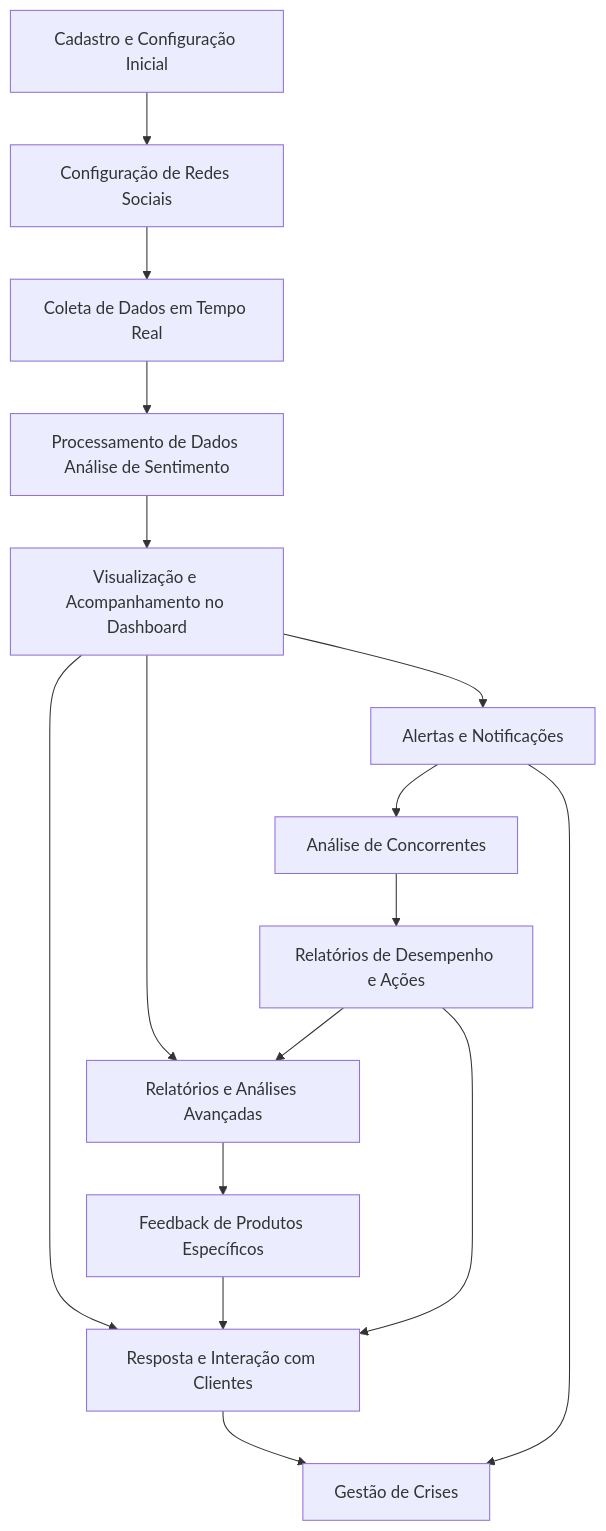
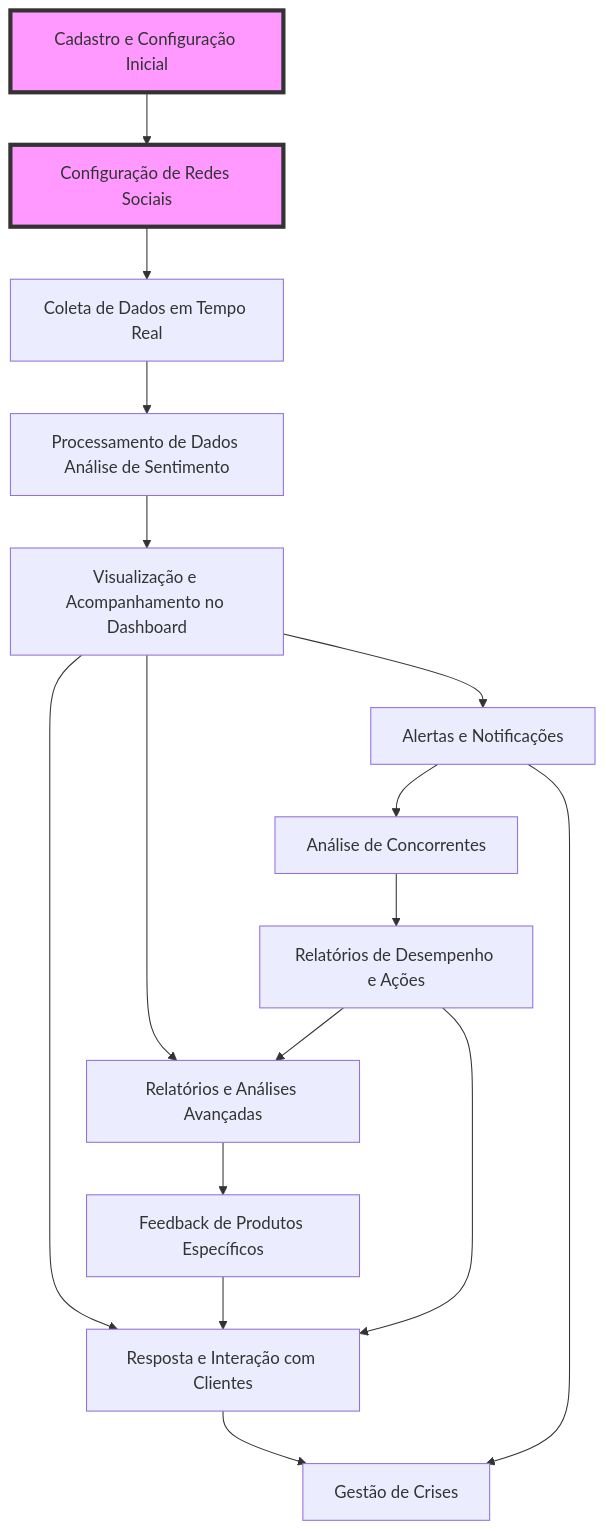
One commit to zwillianmattos/sentimentify changed the diagram in README.md. Above: the diagram before and after it, drawn with Mermaid.

````diff
--- a/README.md
+++ b/README.md
@@ -5,18 +5,21 @@
 ```mermaid
 flowchart TD
     A[Cadastro e Configuração Inicial] --> B[Configuração de Redes Sociais]
     B --> C[Coleta de Dados em Tempo Real]
     C --> D[Processamento de Dados Análise de Sentimento]
     D --> E[Visualização e Acompanhamento no Dashboard]
     E --> F[Resposta e Interação com Clientes]
     E --> G[Relatórios e Análises Avançadas]
     G --> H[Feedback de Produtos Específicos]
     H --> F
     F --> I[Gestão de Crises]
     E --> J[Alertas e Notificações]
     J --> I
     J --> K[Análise de Concorrentes]
     K --> L[Relatórios de Desempenho e Ações]
     L --> F
     L --> G
+
+    classDef inicio fill:#f9f,stroke:#333,stroke-width:4px;
+    class A,B inicio;
 ```
````
